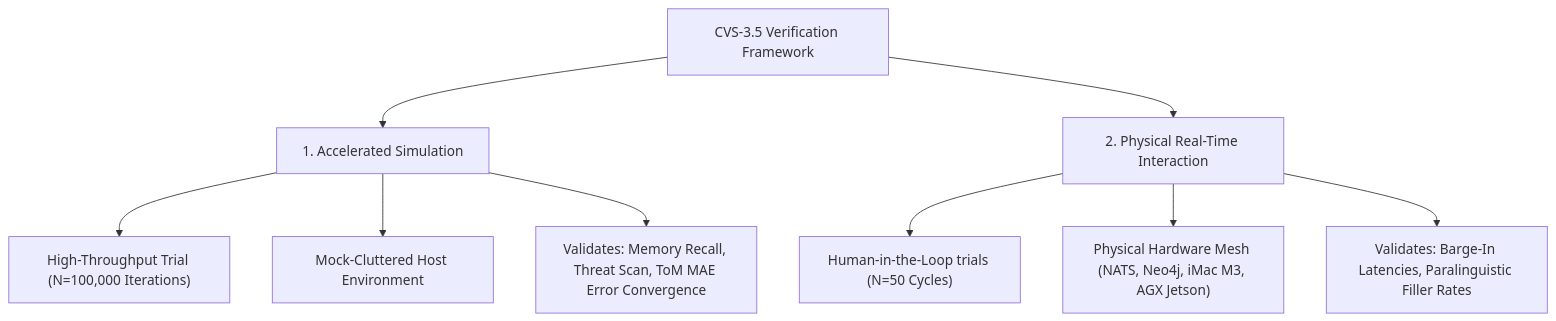
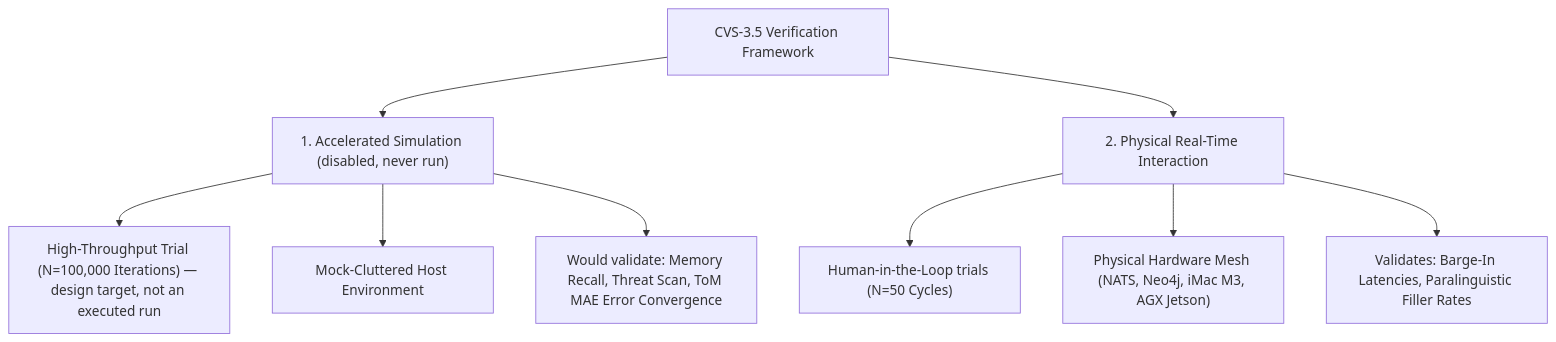
Before and after one commit to Aniket-a14/AI_friend: the diagram in academic_benchmarks/documentation/walkthrough.md, drawn with Mermaid. The commit also changed other lines of this file and 7 other files, not shown here.

````diff
--- a/academic_benchmarks/documentation/walkthrough.md
+++ b/academic_benchmarks/documentation/walkthrough.md
@@ -35,13 +35,13 @@
 ```mermaid
 graph TD
-    A[CVS-3.5 Verification Framework] --> B[1. Accelerated Simulation]
+    A[CVS-3.5 Verification Framework] --> B["1. Accelerated Simulation (disabled, never run)"]
     A --> C[2. Physical Real-Time Interaction]
 
-    B --> B1["High-Throughput Trial (N=100,000 Iterations)"]
+    B --> B1["High-Throughput Trial (N=100,000 Iterations) — design target, not an executed run"]
     B --> B2["Mock-Cluttered Host Environment"]
-    B --> B3["Validates: Memory Recall, Threat Scan, ToM MAE Error Convergence"]
+    B --> B3["Would validate: Memory Recall, Threat Scan, ToM MAE Error Convergence"]
 
     C --> C1["Human-in-the-Loop trials (N=50 Cycles)"]
     C --> C2["Physical Hardware Mesh (NATS, Neo4j, iMac M3, AGX Jetson)"]
     C --> C3["Validates: Barge-In Latencies, Paralinguistic Filler Rates"]
 ```
````
